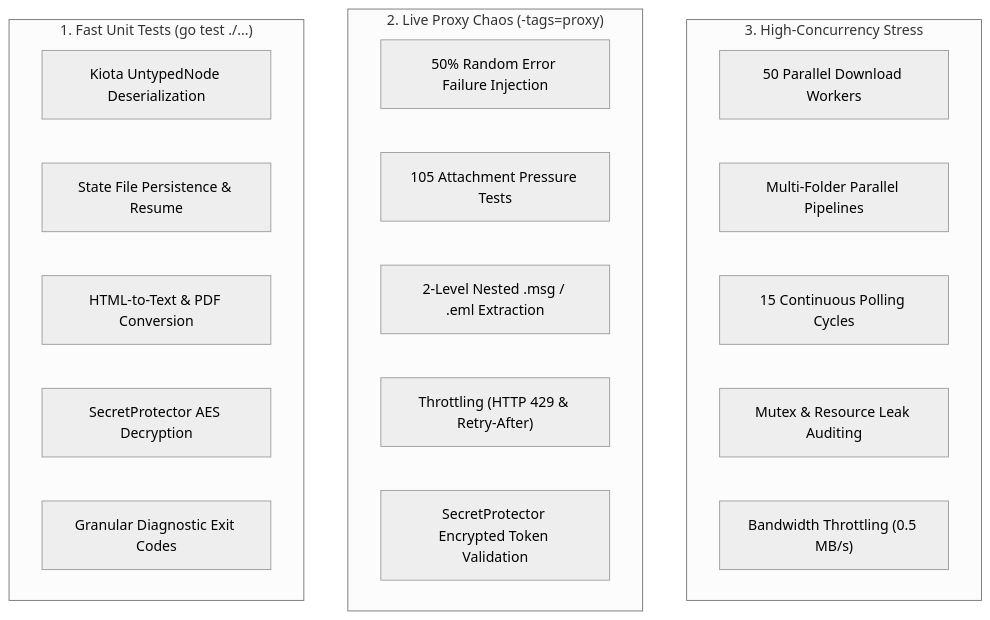
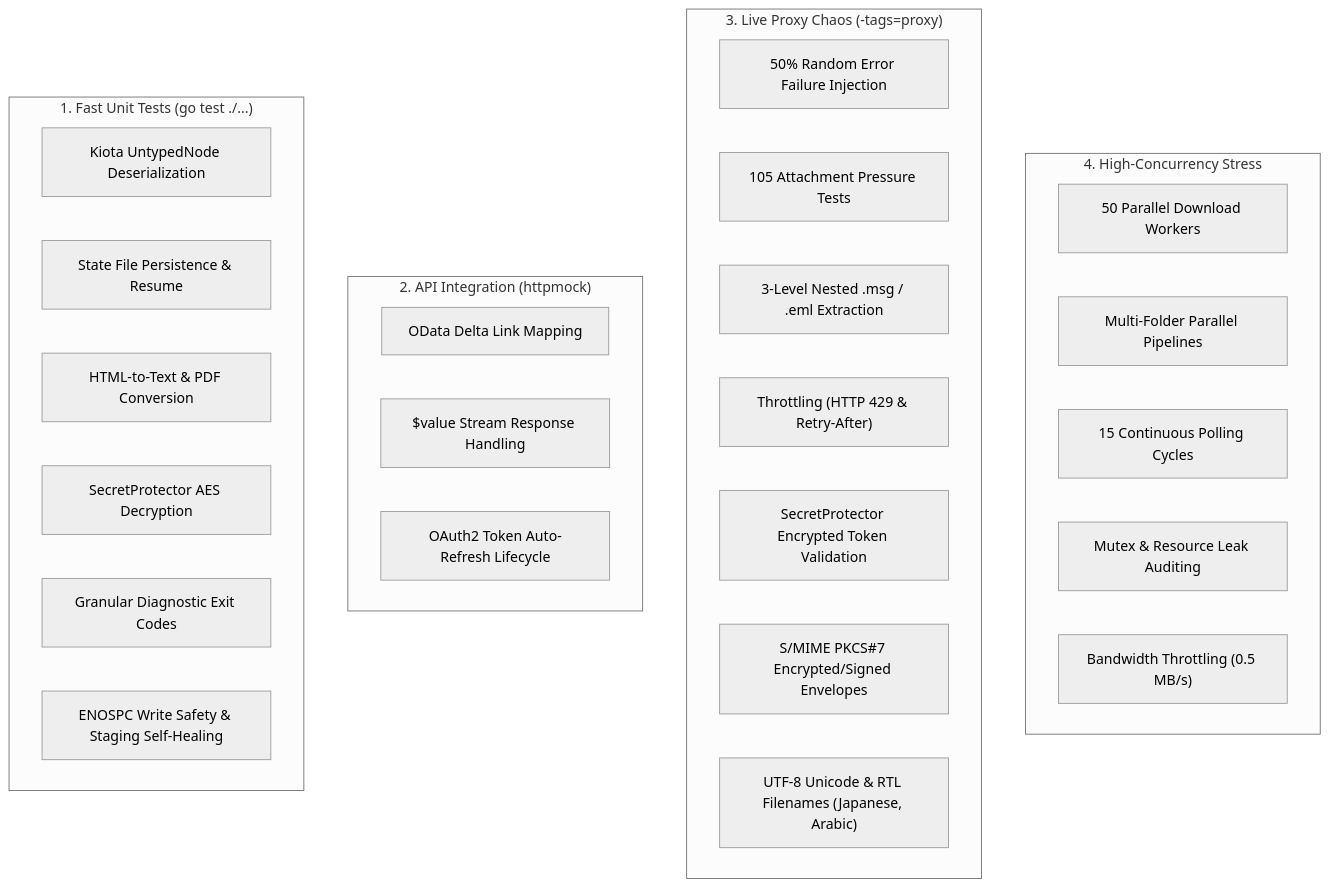
Before and after one commit to edsilegxrepo/o365mbx: the diagram in TESTING.md, drawn with Mermaid (neutral theme). The commit also changed other lines of this file and 12 other files, not shown here.

First line of the commit message:
fix(engine,o365client): resolve downloader semaphore deadlock and add Dev Proxy chaos tests

````diff
--- a/TESTING.md
+++ b/TESTING.md
@@ -11,26 +11,35 @@
 ```mermaid
 flowchart TD
-    subgraph Stress["3. High-Concurrency Stress"]
+    subgraph Stress["4. High-Concurrency Stress"]
         S1["50 Parallel Download Workers"]
         S2["Multi-Folder Parallel Pipelines"]
         S3["15 Continuous Polling Cycles"]
         S4["Mutex & Resource Leak Auditing"]
         S5["Bandwidth Throttling (0.5 MB/s)"]
     end
 
-    subgraph Chaos["2. Live Proxy Chaos (-tags=proxy)"]
+    subgraph Chaos["3. Live Proxy Chaos (-tags=proxy)"]
         C1["50% Random Error Failure Injection"]
         C2["105 Attachment Pressure Tests"]
-        C3["2-Level Nested .msg / .eml Extraction"]
+        C3["3-Level Nested .msg / .eml Extraction"]
         C4["Throttling (HTTP 429 & Retry-After)"]
         C5["SecretProtector Encrypted Token Validation"]
+        C6["S/MIME PKCS#7 Encrypted/Signed Envelopes"]
+        C7["UTF-8 Unicode & RTL Filenames (Japanese, Arabic)"]
+    end
+
+    subgraph Integration["2. API Integration (httpmock)"]
+        I1["OData Delta Link Mapping"]
+        I2["$value Stream Response Handling"]
+        I3["OAuth2 Token Auto-Refresh Lifecycle"]
     end
 
     subgraph Unit["1. Fast Unit Tests (go test ./...)"]
         U1["Kiota UntypedNode Deserialization"]
         U2["State File Persistence & Resume"]
         U3["HTML-to-Text & PDF Conversion"]
         U4["SecretProtector AES Decryption"]
         U5["Granular Diagnostic Exit Codes"]
+        U6["ENOSPC Write Safety & Staging Self-Healing"]
     end
 ```
````
